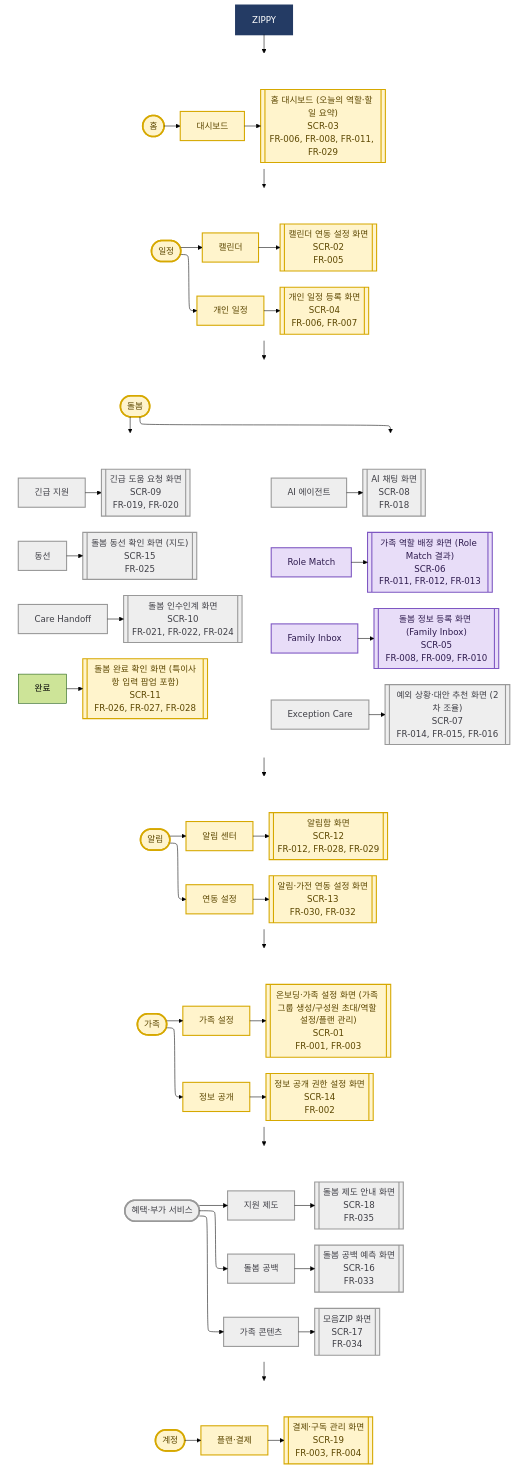
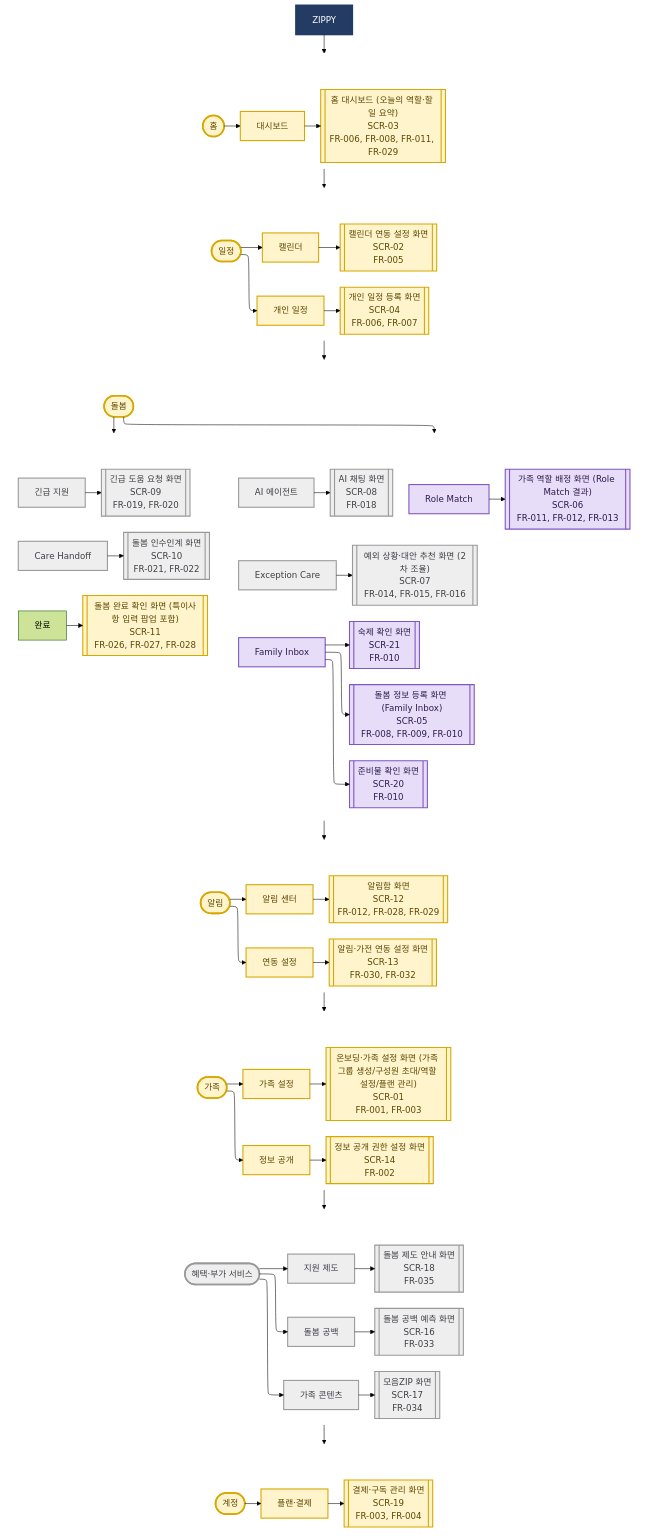
Before and after one commit to tarcein/LGDXPJ: the diagram in docs/메뉴구조도다이어그램/00_전체_메뉴구조도.mmd, drawn with Mermaid (forest theme). The commit also changed 52 other files, not shown here.

```diff
--- a/docs/메뉴구조도다이어그램/00_전체_메뉴구조도.mmd
+++ b/docs/메뉴구조도다이어그램/00_전체_메뉴구조도.mmd
@@ -1,111 +1,112 @@
 %% ZIPPY 전체 메뉴구조도
 %%{init: {"flowchart": {"defaultRenderer": "elk", "nodeSpacing": 18, "rankSpacing": 28, "curve": "basis"}}}%%
 flowchart TB
   root["ZIPPY"]
 
   subgraph homeRow[" "]
     direction LR
     home(["홈"]) --> homeMenu["대시보드"] --> s3[["홈 대시보드 (오늘의 역할·할 일 요약)<br/>SCR-03<br/>FR-006, FR-008, FR-011, FR-029"]]
   end
 
   subgraph scheduleRow[" "]
     direction LR
     schedule(["일정"])
     calendar["캘린더"] --> s2[["캘린더 연동 설정 화면<br/>SCR-02<br/>FR-005"]]
     personalSchedule["개인 일정"] --> s4[["개인 일정 등록 화면<br/>SCR-04<br/>FR-006, FR-007"]]
     schedule --> calendar
     schedule --> personalSchedule
   end
 
   subgraph careRow[" "]
     direction TB
     care(["돌봄"])
     subgraph careTop[" "]
       direction LR
       inbox["Family Inbox"] --> s5[["돌봄 정보 등록 화면 (Family Inbox)<br/>SCR-05<br/>FR-008, FR-009, FR-010"]]
+      inbox --> s20[["준비물 확인 화면<br/>SCR-20<br/>FR-010"]]
+      inbox --> s21[["숙제 확인 화면<br/>SCR-21<br/>FR-010"]]
       roleMatch["Role Match"] --> s6[["가족 역할 배정 화면 (Role Match 결과)<br/>SCR-06<br/>FR-011, FR-012, FR-013"]]
       exceptionCare["Exception Care"] --> s7[["예외 상황·대안 추천 화면 (2차 조율)<br/>SCR-07<br/>FR-014, FR-015, FR-016"]]
       aiAgent["AI 에이전트"] --> s8[["AI 채팅 화면<br/>SCR-08<br/>FR-018"]]
     end
     subgraph careBottom[" "]
       direction LR
       urgent["긴급 지원"] --> s9[["긴급 도움 요청 화면<br/>SCR-09<br/>FR-019, FR-020"]]
-      handoff["Care Handoff"] --> s10[["돌봄 인수인계 화면<br/>SCR-10<br/>FR-021, FR-022, FR-024"]]
+      handoff["Care Handoff"] --> s10[["돌봄 인수인계 화면<br/>SCR-10<br/>FR-021, FR-022"]]
       complete["완료"] --> s11[["돌봄 완료 확인 화면 (특이사항 입력 팝업 포함)<br/>SCR-11<br/>FR-026, FR-027, FR-028"]]
-      route["동선"] --> s15[["돌봄 동선 확인 화면 (지도)<br/>SCR-15<br/>FR-025"]]
     end
     care --> careTop
     care --> careBottom
   end
 
   subgraph notifyRow[" "]
     direction LR
     notify(["알림"])
     notificationCenter["알림 센터"] --> s12[["알림함 화면<br/>SCR-12<br/>FR-012, FR-028, FR-029"]]
     integration["연동 설정"] --> s13[["알림·가전 연동 설정 화면<br/>SCR-13<br/>FR-030, FR-032"]]
     notify --> notificationCenter
     notify --> integration
   end
 
   subgraph familyRow[" "]
     direction LR
     family(["가족"])
     familySettings["가족 설정"] --> s1[["온보딩·가족 설정 화면 (가족 그룹 생성/구성원 초대/역할 설정/플랜 관리)<br/>SCR-01<br/>FR-001, FR-003"]]
     privacy["정보 공개"] --> s14[["정보 공개 권한 설정 화면<br/>SCR-14<br/>FR-002"]]
     family --> familySettings
     family --> privacy
   end
 
   subgraph benefitsRow[" "]
     direction LR
     benefits(["혜택·부가 서비스"])
     careGap["돌봄 공백"] --> s16[["돌봄 공백 예측 화면<br/>SCR-16<br/>FR-033"]]
     familyContent["가족 콘텐츠"] --> s17[["모음ZIP 화면<br/>SCR-17<br/>FR-034"]]
     supportPolicy["지원 제도"] --> s18[["돌봄 제도 안내 화면<br/>SCR-18<br/>FR-035"]]
     benefits --> careGap
     benefits --> familyContent
     benefits --> supportPolicy
   end
 
   subgraph accountRow[" "]
     direction LR
     account(["계정"]) --> plan["플랜·결제"] --> s19[["결제·구독 관리 화면<br/>SCR-19<br/>FR-003, FR-004"]]
   end
 
   root --> homeRow
   homeRow --> scheduleRow
   scheduleRow --> careRow
   careRow --> notifyRow
   notifyRow --> familyRow
   familyRow --> benefitsRow
   benefitsRow --> accountRow
 
   classDef rootStyle fill:#243B64,stroke:#243B64,color:#FFFFFF,stroke-width:3px
   classDef depth1Base fill:#FFF4CC,stroke:#D6A800,color:#5C4700,stroke-width:3px
   classDef depth1Post fill:#EEEEEE,stroke:#999999,color:#3F3F46,stroke-width:3px
   classDef depth2Base fill:#FFF4CC,stroke:#D6A800,color:#5C4700,stroke-width:2px
   classDef depth2Core fill:#E8DDF8,stroke:#7E57C2,color:#2E1B4E,stroke-width:2px
   classDef depth2Post fill:#EEEEEE,stroke:#999999,color:#3F3F46,stroke-width:2px
   classDef screenBase fill:#FFF4CC,stroke:#D6A800,color:#5C4700,stroke-width:2px
   classDef screenCore fill:#E8DDF8,stroke:#7E57C2,color:#2E1B4E,stroke-width:2px
   classDef screenPost fill:#EEEEEE,stroke:#999999,color:#3F3F46,stroke-width:2px
 
   class root rootStyle
   class home,schedule,care,notify,family,account depth1Base
   class benefits depth1Post
   class homeMenu,calendar,personalSchedule,notificationCenter,integration,familySettings,privacy,plan depth2Base
   class inbox,roleMatch depth2Core
-  class exceptionCare,aiAgent,urgent,handoff,route,careGap,familyContent,supportPolicy depth2Post
+  class exceptionCare,aiAgent,urgent,handoff,careGap,familyContent,supportPolicy depth2Post
   class s1,s2,s3,s4,s11,s12,s13,s14,s19 screenBase
-  class s5,s6 screenCore
-  class s7,s8,s9,s10,s15,s16,s17,s18 screenPost
+  class s5,s6,s20,s21 screenCore
+  class s7,s8,s9,s10,s16,s17,s18 screenPost
 
   style homeRow fill:transparent,stroke:transparent
   style scheduleRow fill:transparent,stroke:transparent
   style careRow fill:transparent,stroke:transparent
   style careTop fill:transparent,stroke:transparent
   style careBottom fill:transparent,stroke:transparent
   style notifyRow fill:transparent,stroke:transparent
   style familyRow fill:transparent,stroke:transparent
   style benefitsRow fill:transparent,stroke:transparent
   style accountRow fill:transparent,stroke:transparent
```
